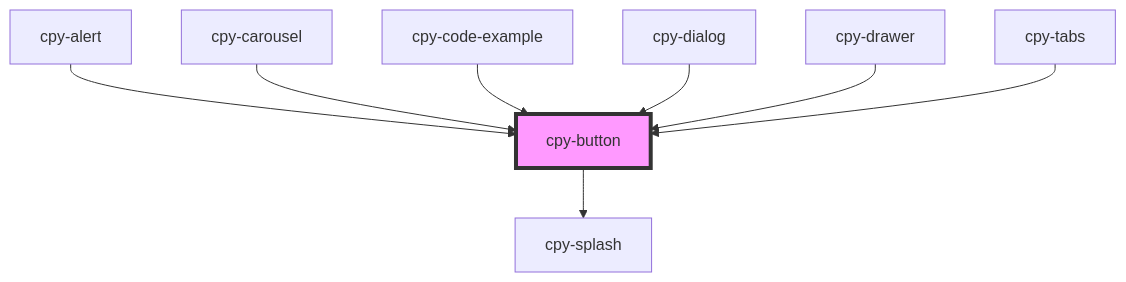
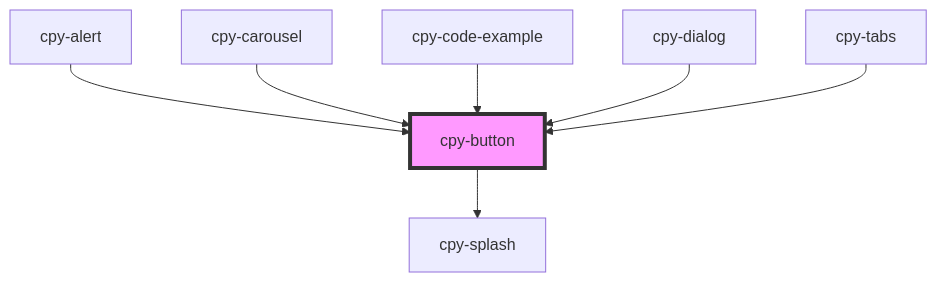
One commit to Lith1um/Canopy-Stencil changed the diagram in stencil-lib/src/components/button/readme.md. Above: the diagram before and after it, drawn with Mermaid. The commit also changed other lines of this file and 10 other files, not shown here.

````diff
--- a/stencil-lib/src/components/button/readme.md
+++ b/stencil-lib/src/components/button/readme.md
@@ -42,11 +41,10 @@
 ```mermaid
 graph TD;
   cpy-button --> cpy-splash
   cpy-alert --> cpy-button
   cpy-carousel --> cpy-button
   cpy-code-example --> cpy-button
   cpy-dialog --> cpy-button
-  cpy-drawer --> cpy-button
   cpy-tabs --> cpy-button
   style cpy-button fill:#f9f,stroke:#333,stroke-width:4px
 ```
````
